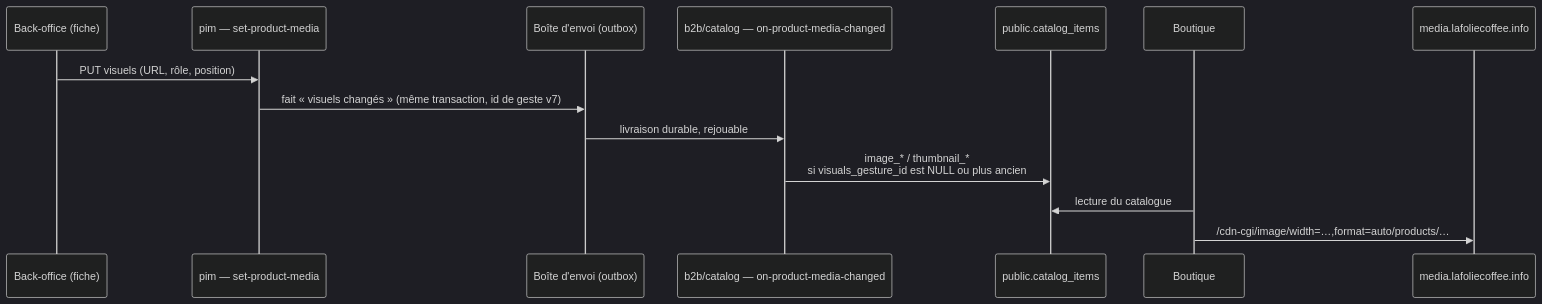
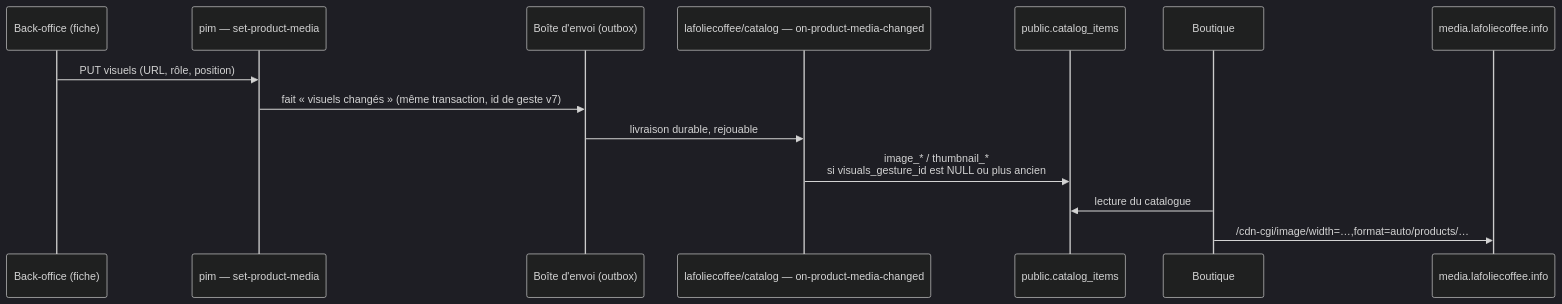
The second of 4 diagrams in documentation/mediatheque/mediatheque.md (hugoheynard/lfd), drawn with Mermaid (dark theme) before and after one commit. The commit also changed other lines of this file and 6369 other files, not shown here.

````diff
--- a/documentation/mediatheque/mediatheque.md
+++ b/documentation/mediatheque/mediatheque.md
@@ -395,17 +395,17 @@
 ```mermaid
 sequenceDiagram
     participant BO as Back-office (fiche)
     participant PIM as pim — set-product-media
     participant OB as Boîte d'envoi (outbox)
-    participant B2B as b2b/catalog — on-product-media-changed
+    participant B2B as lafoliecoffee/catalog — on-product-media-changed
     participant CI as public.catalog_items
     participant SHOP as Boutique
     participant CDN as media.lafoliecoffee.info
 
     BO->>PIM: PUT visuels (URL, rôle, position)
     PIM->>OB: fait « visuels changés » (même transaction, id de geste v7)
     OB->>B2B: livraison durable, rejouable
     B2B->>CI: image_* / thumbnail_*<br/>si visuals_gesture_id est NULL ou plus ancien
     SHOP->>CI: lecture du catalogue
     SHOP->>CDN: /cdn-cgi/image/width=…,format=auto/products/…
 ```
````
